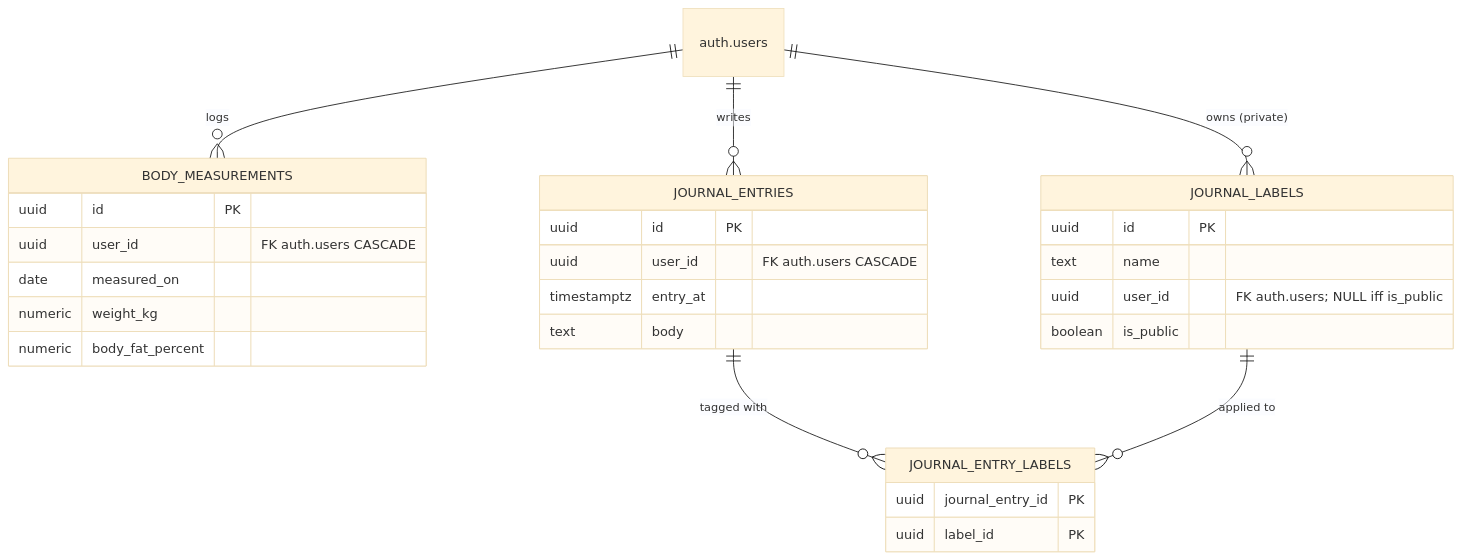
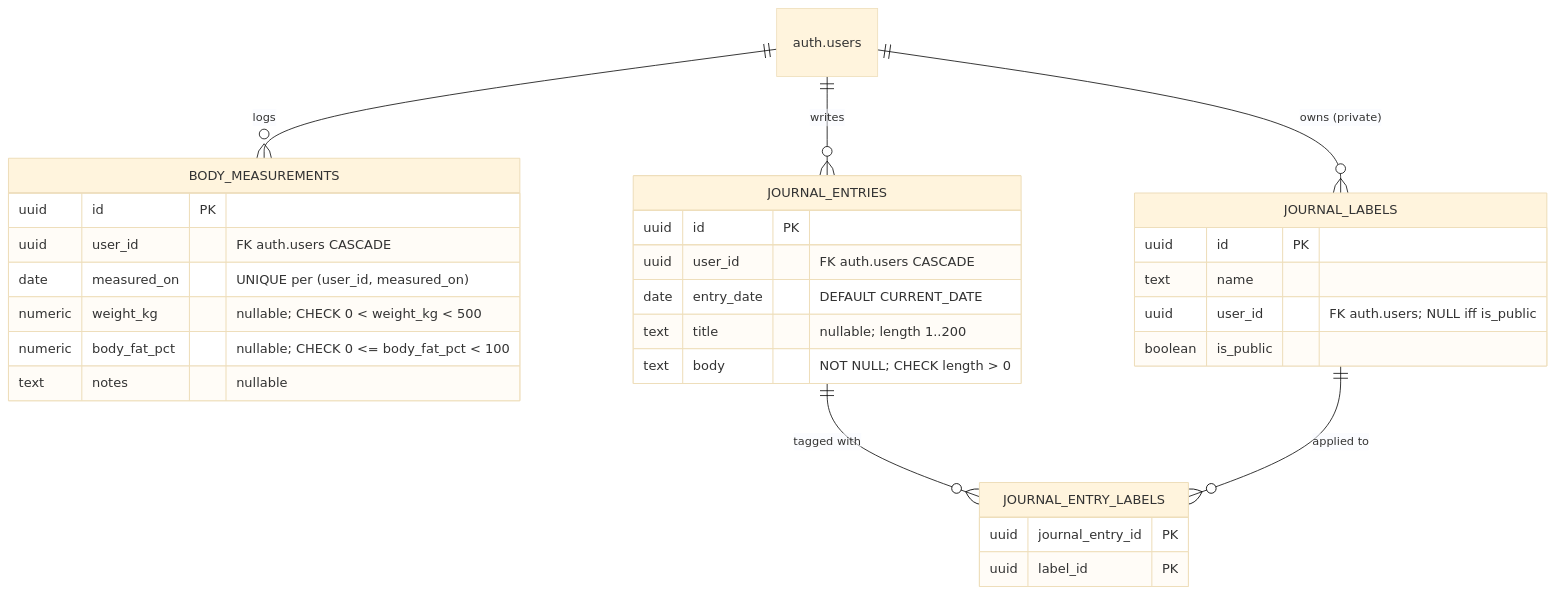
The third of 3 diagrams in docs/developers/database.md (dbarrosop/neogym), drawn with Mermaid (base theme) before and after one commit. The commit also changed other lines of this file and 6 other files, not shown here.

````diff
--- a/docs/developers/database.md
+++ b/docs/developers/database.md
@@ -203,38 +122,40 @@
 ```mermaid
 erDiagram
     USERS["auth.users"]
 
     BODY_MEASUREMENTS {
         uuid id PK
         uuid user_id "FK auth.users CASCADE"
-        date measured_on
-        numeric weight_kg
-        numeric body_fat_percent
+        date measured_on "UNIQUE per (user_id, measured_on)"
+        numeric weight_kg "nullable; CHECK 0 < weight_kg < 500"
+        numeric body_fat_pct "nullable; CHECK 0 <= body_fat_pct < 100"
+        text notes "nullable"
     }
 
     JOURNAL_ENTRIES {
         uuid id PK
         uuid user_id "FK auth.users CASCADE"
-        timestamptz entry_at
-        text body
+        date entry_date "DEFAULT CURRENT_DATE"
+        text title "nullable; length 1..200"
+        text body "NOT NULL; CHECK length > 0"
     }
 
     JOURNAL_LABELS {
         uuid id PK
         text name
         uuid user_id "FK auth.users; NULL iff is_public"
         boolean is_public
     }
 
     JOURNAL_ENTRY_LABELS {
         uuid journal_entry_id PK
         uuid label_id PK
     }
 
     USERS ||--o{ BODY_MEASUREMENTS                : "logs"
     USERS ||--o{ JOURNAL_ENTRIES                  : "writes"
     USERS ||--o{ JOURNAL_LABELS                   : "owns (private)"
 
     JOURNAL_ENTRIES ||--o{ JOURNAL_ENTRY_LABELS   : "tagged with"
     JOURNAL_LABELS  ||--o{ JOURNAL_ENTRY_LABELS   : "applied to"
 ```
````
